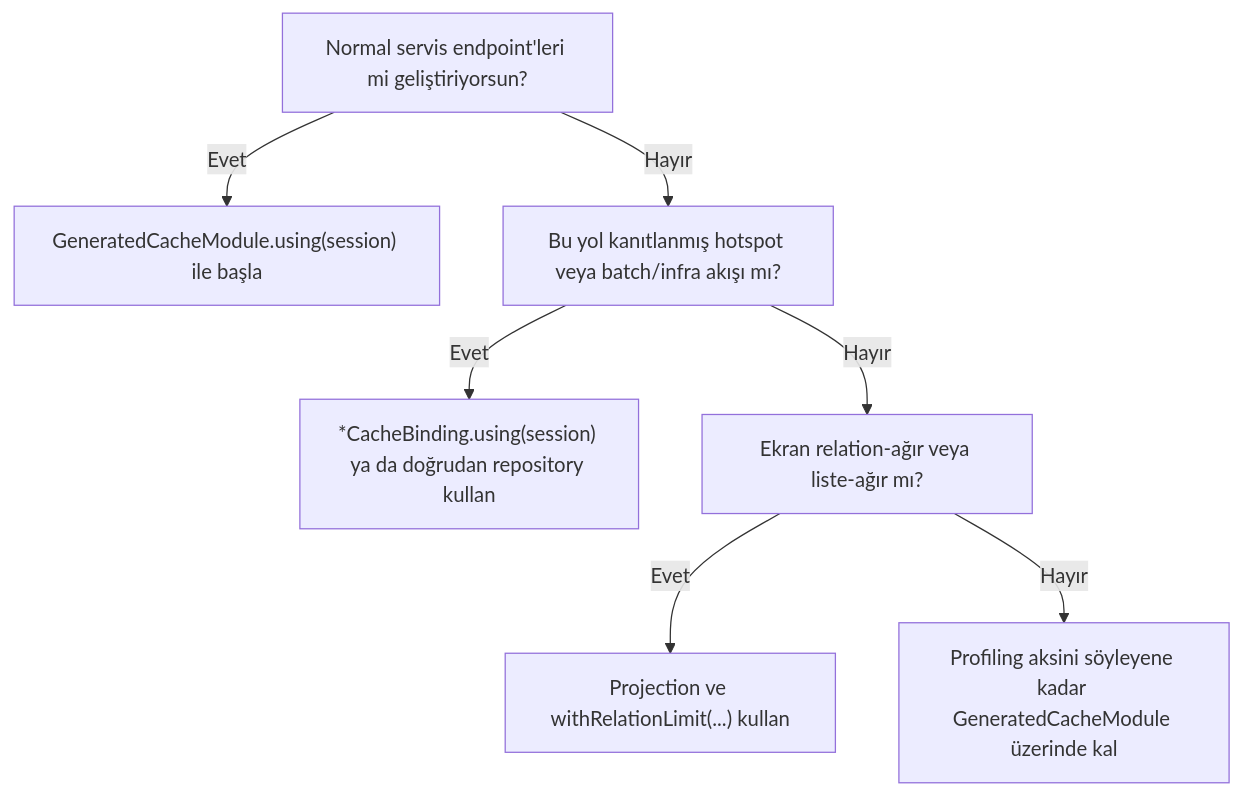
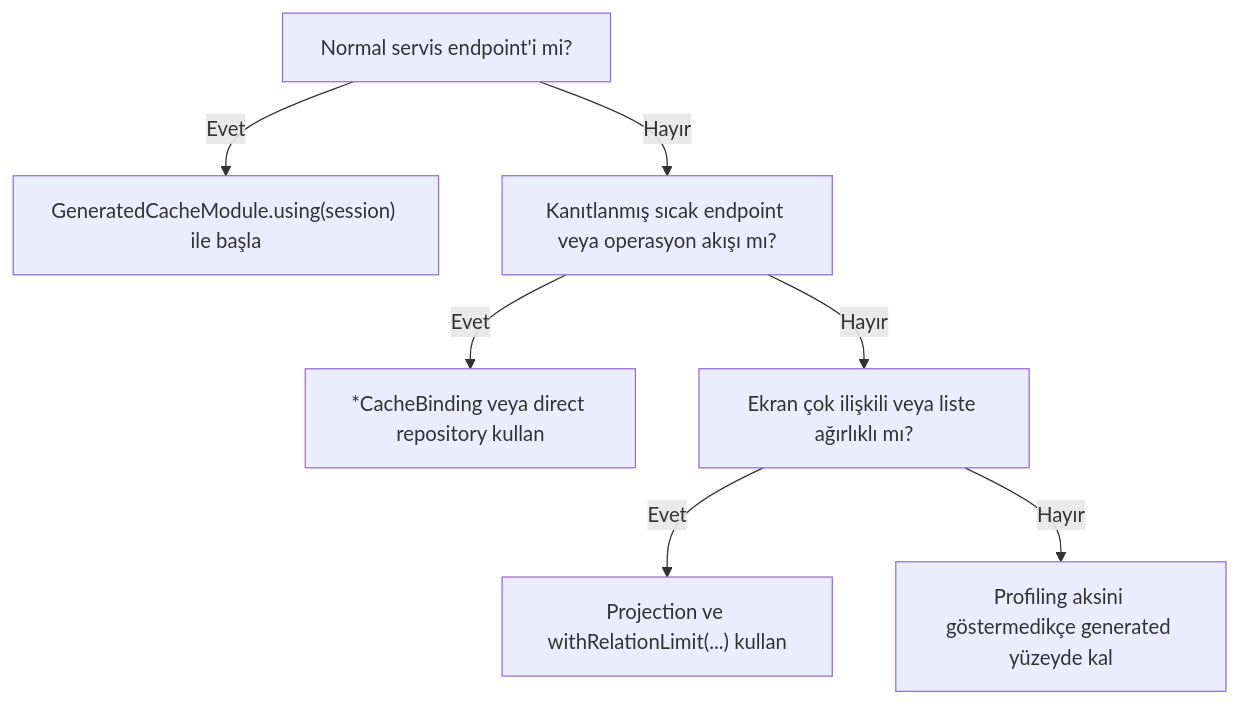
One commit to esasmer-dou/cache-database changed the diagram in tr/docs/production-recipes.md. Above: the diagram before and after it, drawn with Mermaid. The commit also changed other lines of this file and 17 other files, not shown here.

````diff
--- a/tr/docs/production-recipes.md
+++ b/tr/docs/production-recipes.md
@@ -64,9 +72,9 @@
 ```mermaid
 flowchart TD
-    A["Normal servis endpoint'leri mi geliştiriyorsun?"] -->|Evet| B["GeneratedCacheModule.using(session) ile başla"]
-    A -->|Hayır| C["Bu yol kanıtlanmış hotspot veya batch/infra akışı mı?"]
-    C -->|Evet| D["*CacheBinding.using(session) ya da doğrudan repository kullan"]
-    C -->|Hayır| E["Ekran relation-ağır veya liste-ağır mı?"]
+    A["Normal servis endpoint'i mi?"] -->|Evet| B["GeneratedCacheModule.using(session) ile başla"]
+    A -->|Hayır| C["Kanıtlanmış sıcak endpoint veya operasyon akışı mı?"]
+    C -->|Evet| D["*CacheBinding veya direct repository kullan"]
+    C -->|Hayır| E["Ekran çok ilişkili veya liste ağırlıklı mı?"]
     E -->|Evet| F["Projection ve withRelationLimit(...) kullan"]
-    E -->|Hayır| G["Profiling aksini söyleyene kadar GeneratedCacheModule üzerinde kal"]
+    E -->|Hayır| G["Profiling aksini göstermedikçe generated yüzeyde kal"]
 ```
````
